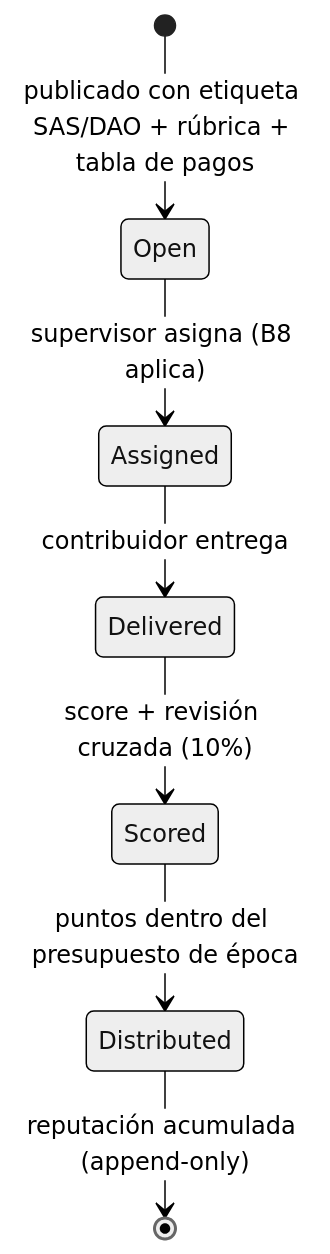
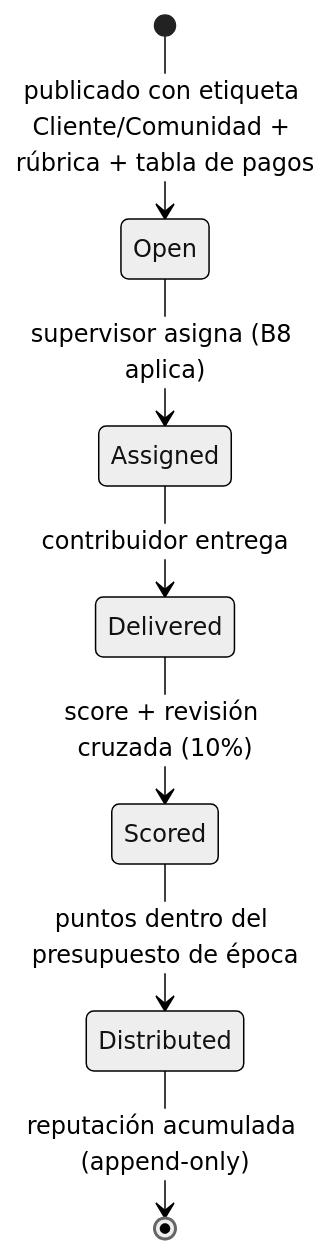
Before and after one commit to zelena-tech/zelena-dapp: the second of 4 diagrams in docs/blueprints/02-interacciones.md, drawn with Mermaid (neutral theme). The commit also changed other lines of this file and 13 other files, not shown here.

````diff
--- a/docs/blueprints/02-interacciones.md
+++ b/docs/blueprints/02-interacciones.md
@@ -29,9 +29,9 @@
 ```mermaid
 stateDiagram-v2
-    [*] --> Open: publicado con etiqueta SAS/DAO + rúbrica + tabla de pagos
+    [*] --> Open: publicado con etiqueta Cliente/Comunidad + rúbrica + tabla de pagos
     Open --> Assigned: supervisor asigna (B8 aplica)
     Assigned --> Delivered: contribuidor entrega
     Delivered --> Scored: score + revisión cruzada (10%)
     Scored --> Distributed: puntos dentro del presupuesto de época
     Distributed --> [*]: reputación acumulada (append-only)
 ```
````
